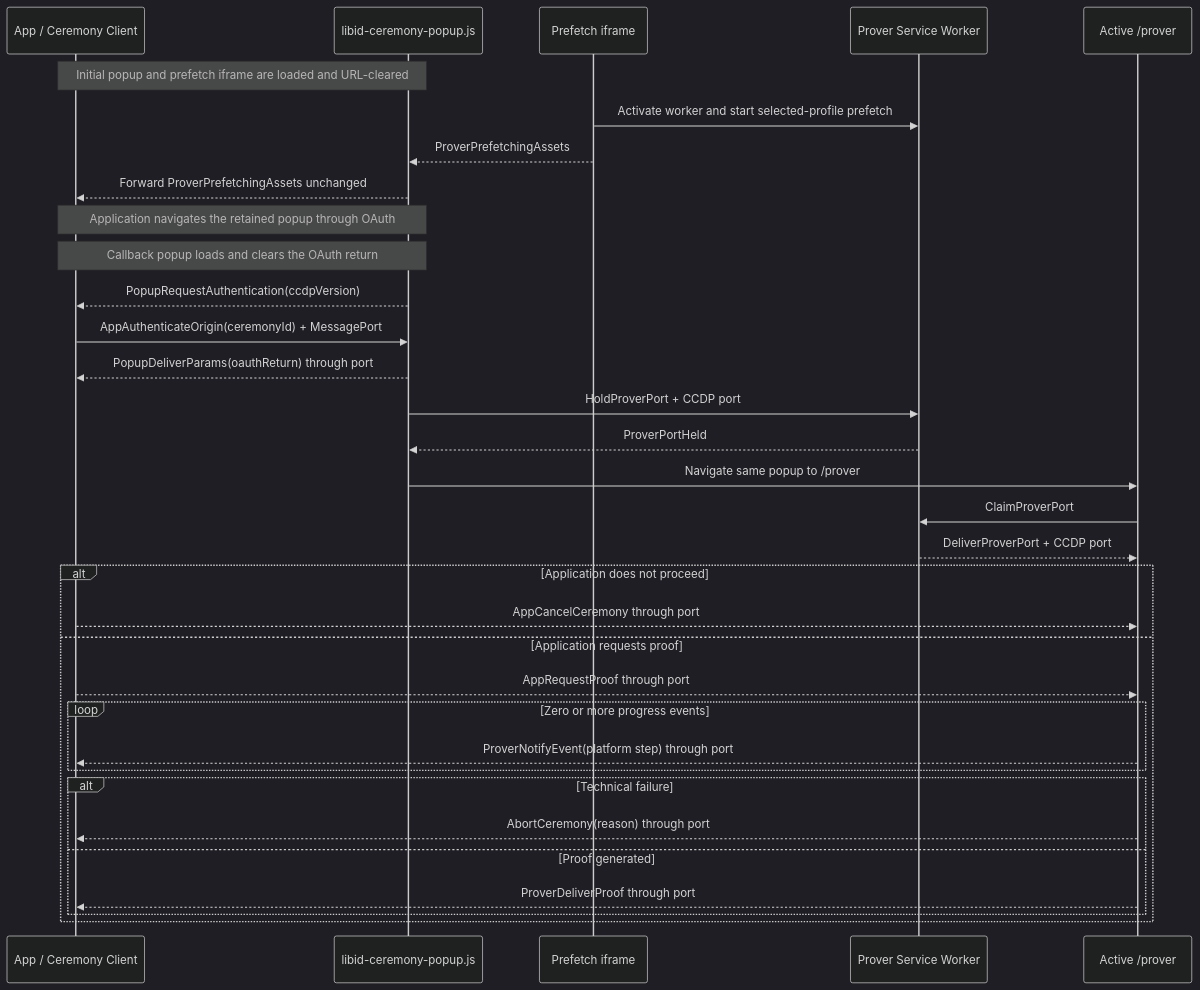
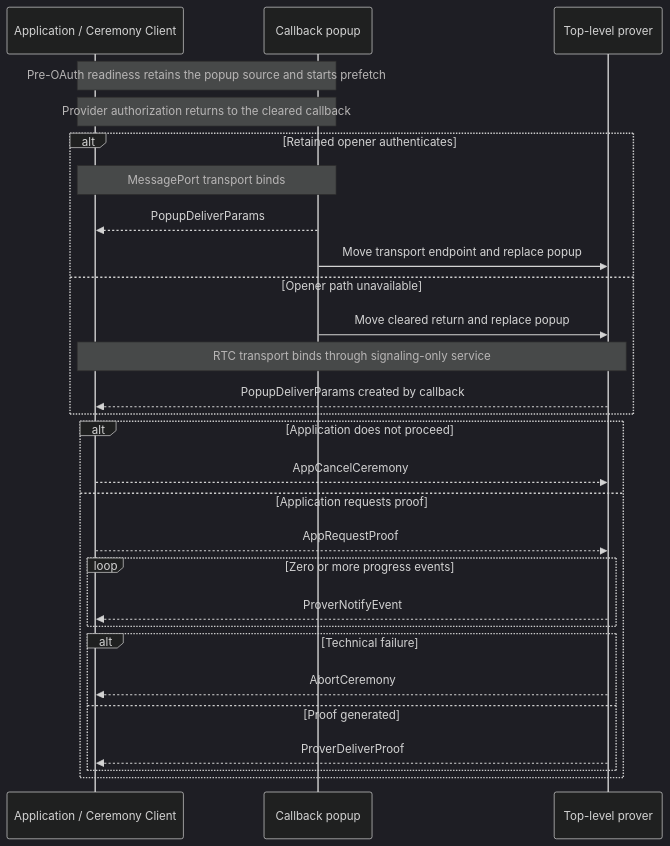
One commit to libid-org/libid changed the diagram in ts/packages/ceremony/CCDP.md. Above: the diagram before and after it, drawn with Mermaid (dark theme). The commit also changed other lines of this file and 6 other files, not shown here.

Commit message:
docs(ceremony): split CCDP transports

````diff
--- a/ts/packages/ceremony/CCDP.md
+++ b/ts/packages/ceremony/CCDP.md
@@ -430,36 +295,31 @@
 ```mermaid
 sequenceDiagram
-    participant A as App / Ceremony Client
-    participant C as libid-ceremony-popup.js
-    participant F as Prefetch iframe
-    participant S as Prover Service Worker
-    participant P as Active /prover
+    participant A as Application / Ceremony Client
+    participant C as Callback popup
+    participant P as Top-level prover
 
-    Note over A,C: Initial popup and prefetch iframe are loaded and URL-cleared
-    F->>S: Activate worker and start selected-profile prefetch
-    F-->>C: ProverPrefetchingAssets
-    C-->>A: Forward ProverPrefetchingAssets unchanged
-    Note over A,C: Application navigates the retained popup through OAuth
-    Note over A,C: Callback popup loads and clears the OAuth return
-    C-->>A: PopupRequestAuthentication(ccdpVersion)
-    A->>C: AppAuthenticateOrigin(ceremonyId) + MessagePort
-    C-->>A: PopupDeliverParams(oauthReturn) through port
-    C->>S: HoldProverPort + CCDP port
-    S-->>C: ProverPortHeld
-    C->>P: Navigate same popup to /prover#ceremonyId
-    P->>S: ClaimProverPort
-    S-->>P: DeliverProverPort + CCDP port
+    Note over A,C: Pre-OAuth readiness retains the popup source and starts prefetch
+    Note over A,C: Provider authorization returns to the cleared callback
+    alt Retained opener authenticates
+        Note over A,C: MessagePort transport binds
+        C-->>A: PopupDeliverParams
+        C->>P: Move transport endpoint and replace popup
+    else Opener path unavailable
+        C->>P: Move cleared return and replace popup
+        Note over A,P: RTC transport binds through signaling-only service
+        P-->>A: PopupDeliverParams created by callback
+    end
     alt Application does not proceed
-        A-->>P: AppCancelCeremony through port
+        A-->>P: AppCancelCeremony
     else Application requests proof
-        A-->>P: AppRequestProof through port
+        A-->>P: AppRequestProof
         loop Zero or more progress events
-            P-->>A: ProverNotifyEvent(platform step) through port
+            P-->>A: ProverNotifyEvent
         end
         alt Technical failure
-            P-->>A: AbortCeremony(reason) through port
+            P-->>A: AbortCeremony
         else Proof generated
-            P-->>A: ProverDeliverProof through port
+            P-->>A: ProverDeliverProof
         end
     end
 ```
````
